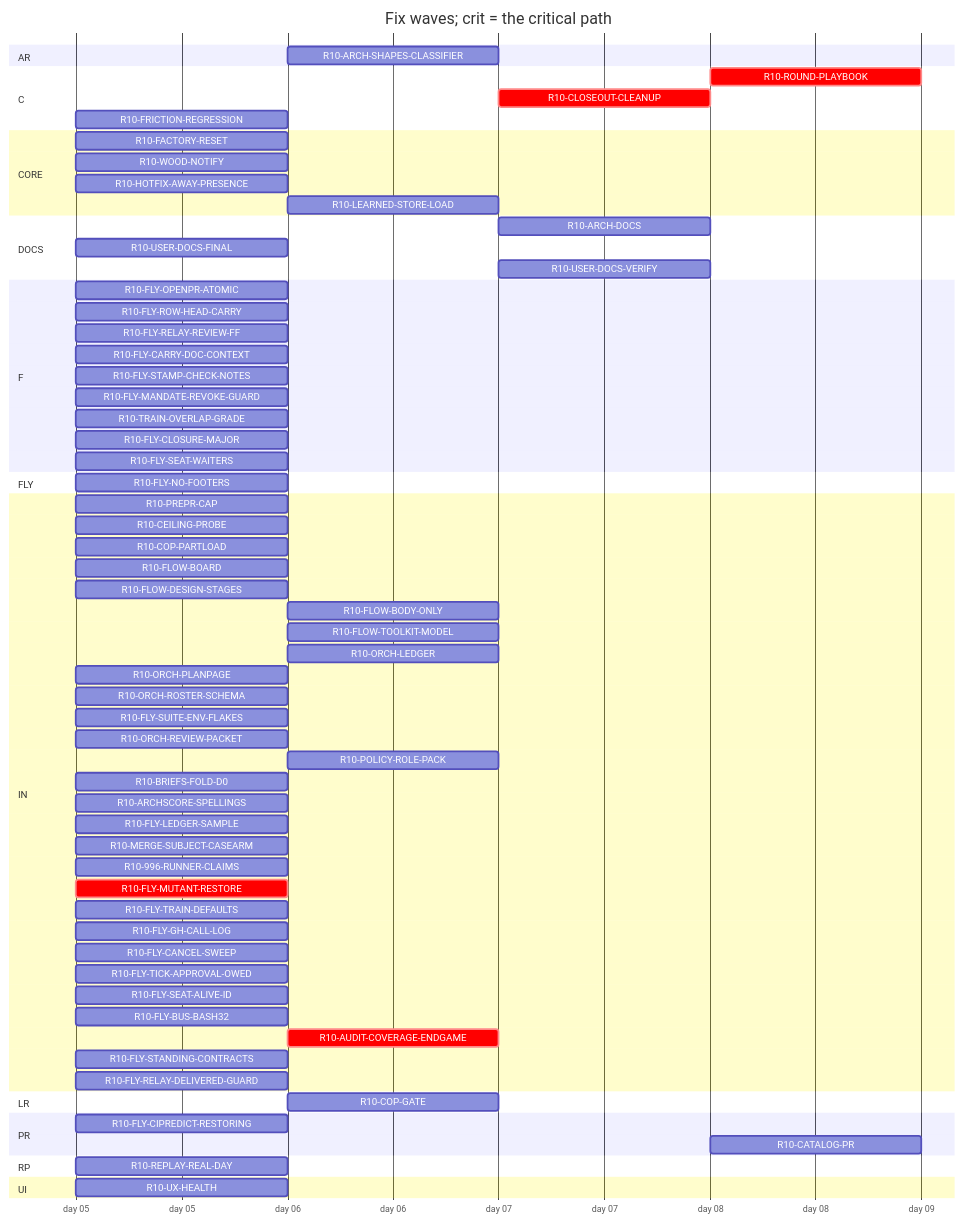
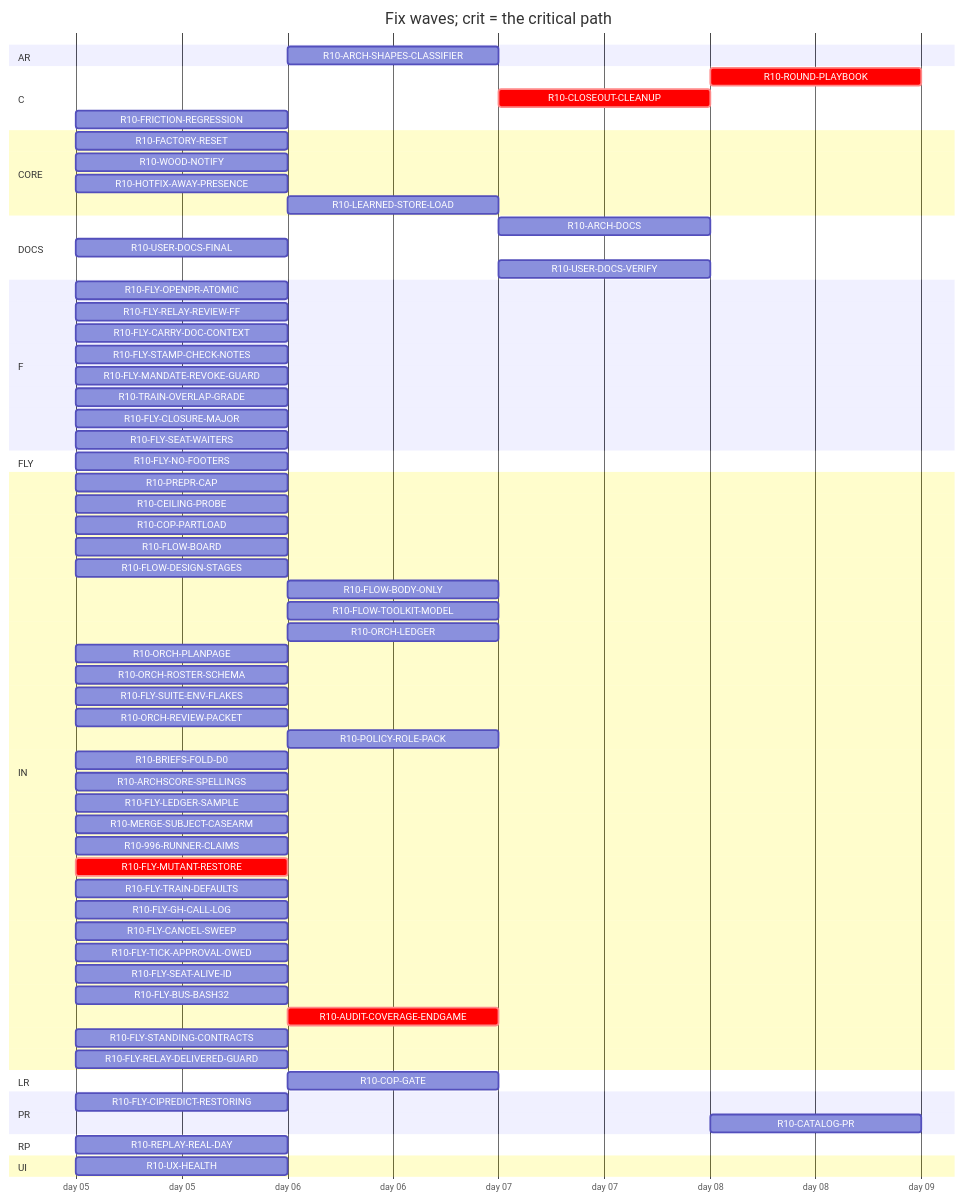
Before and after one commit to tvofi/heatpump_optimizer: the diagram in handoff/round10/state/PLAN-TABLE.md, drawn with Mermaid. The commit also changed other lines of this file and 3 other files, not shown here.

Commit message:
state: FLOW-BOARD.md, NEXT-SESSION-PROMPT.md, PLAN-TABLE.md, RESUME-CURRENT.md regenerated (state_docs.py)

````diff
--- a/handoff/round10/state/PLAN-TABLE.md
+++ b/handoff/round10/state/PLAN-TABLE.md
@@ -24,71 +24,70 @@
 ```mermaid
 gantt
   title Fix waves; crit = the critical path
   dateFormat YYYY-MM-DD
   axisFormat day %d
   section AR
     R10-ARCH-SHAPES-CLASSIFIER :r10ARCHSHAPESCLASSIFIER, after r10996RUNNERCLAIMS, 1d
   section C
     R10-ROUND-PLAYBOOK :crit, r10ROUNDPLAYBOOK, after r10ORCHLEDGER r10ORCHPLANPAGE r10FLYRELAYREVIEWFF r10FLOWBODYONLY r10AUDITCOVERAGEENDGAME r10FLOWDESIGNSTAGES r10ORCHROSTERSCHEMA r10FLOWTOOLKITMODEL r10TRAINOVERLAPGRADE r10FLYTRAINDEFAULTS r10FLYCANCELSWEEP r10POLICYROLEPACK r10ORCHREVIEWPACKET r10FLOWBOARD r10CLOSEOUTCLEANUP, 1d
     R10-CLOSEOUT-CLEANUP :crit, r10CLOSEOUTCLEANUP, after r10AUDITCOVERAGEENDGAME, 1d
     R10-FRICTION-REGRESSION :r10FRICTIONREGRESSION, 2026-01-05, 1d
   section CORE
     R10-FACTORY-RESET :r10FACTORYRESET, 2026-01-05, 1d
     R10-WOOD-NOTIFY :r10WOODNOTIFY, 2026-01-05, 1d
     R10-HOTFIX-AWAY-PRESENCE :r10HOTFIXAWAYPRESENCE, 2026-01-05, 1d
     R10-LEARNED-STORE-LOAD :r10LEARNEDSTORELOAD, after r10FACTORYRESET, 1d
   section DOCS
-    R10-ARCH-DOCS :r10ARCHDOCS, after r10COPGATE r10UXHEALTH r10CEILINGPROBE r10COPPARTLOAD r10FLOWBOARD r10FLOWDESIGNSTAGES r10FLOWBODYONLY r10FLYOPENPRATOMIC r10FLYROWHEADCARRY r10FLYRELAYREVIEWFF r10FLYCARRYDOCCONTEXT r10FLOWTOOLKITMODEL r10FLYSTAMPCHECKNOTES r10FLYMANDATEREVOKEGUARD r10TRAINOVERLAPGRADE r10FLYSUITEENVFLAKES r10ORCHLEDGER r10ORCHPLANPAGE r10ORCHROSTERSCHEMA r10ORCHREVIEWPACKET r10POLICYROLEPACK r10BRIEFSFOLDD0 r10REPLAYREALDAY r10ARCHSCORESPELLINGS r10FLYLEDGERSAMPLE, 1d
+    R10-ARCH-DOCS :r10ARCHDOCS, after r10COPGATE r10UXHEALTH r10CEILINGPROBE r10COPPARTLOAD r10FLOWBOARD r10FLOWDESIGNSTAGES r10FLOWBODYONLY r10FLYOPENPRATOMIC r10FLYRELAYREVIEWFF r10FLYCARRYDOCCONTEXT r10FLOWTOOLKITMODEL r10FLYSTAMPCHECKNOTES r10FLYMANDATEREVOKEGUARD r10TRAINOVERLAPGRADE r10FLYSUITEENVFLAKES r10ORCHLEDGER r10ORCHPLANPAGE r10ORCHROSTERSCHEMA r10ORCHREVIEWPACKET r10POLICYROLEPACK r10BRIEFSFOLDD0 r10REPLAYREALDAY r10ARCHSCORESPELLINGS r10FLYLEDGERSAMPLE, 1d
     R10-USER-DOCS-FINAL :r10USERDOCSFINAL, 2026-01-05, 1d
     R10-USER-DOCS-VERIFY :r10USERDOCSVERIFY, after r10COPGATE r10UXHEALTH r10CEILINGPROBE r10COPPARTLOAD r10FACTORYRESET r10WOODNOTIFY r10USERDOCSFINAL r10ARCHSHAPESCLASSIFIER r10HOTFIXAWAYPRESENCE, 1d
   section F
     R10-FLY-OPENPR-ATOMIC :r10FLYOPENPRATOMIC, 2026-01-05, 1d
-    R10-FLY-ROW-HEAD-CARRY :r10FLYROWHEADCARRY, 2026-01-05, 1d
     R10-FLY-RELAY-REVIEW-FF :r10FLYRELAYREVIEWFF, 2026-01-05, 1d
     R10-FLY-CARRY-DOC-CONTEXT :r10FLYCARRYDOCCONTEXT, 2026-01-05, 1d
     R10-FLY-STAMP-CHECK-NOTES :r10FLYSTAMPCHECKNOTES, 2026-01-05, 1d
     R10-FLY-MANDATE-REVOKE-GUARD :r10FLYMANDATEREVOKEGUARD, 2026-01-05, 1d
     R10-TRAIN-OVERLAP-GRADE :r10TRAINOVERLAPGRADE, 2026-01-05, 1d
     R10-FLY-CLOSURE-MAJOR :r10FLYCLOSUREMAJOR, 2026-01-05, 1d
     R10-FLY-SEAT-WAITERS :r10FLYSEATWAITERS, 2026-01-05, 1d
   section FLY
     R10-FLY-NO-FOOTERS :r10FLYNOFOOTERS, 2026-01-05, 1d
   section IN
     R10-PREPR-CAP :r10PREPRCAP, 2026-01-05, 1d
     R10-CEILING-PROBE :r10CEILINGPROBE, 2026-01-05, 1d
     R10-COP-PARTLOAD :r10COPPARTLOAD, 2026-01-05, 1d
     R10-FLOW-BOARD :r10FLOWBOARD, 2026-01-05, 1d
     R10-FLOW-DESIGN-STAGES :r10FLOWDESIGNSTAGES, 2026-01-05, 1d
     R10-FLOW-BODY-ONLY :r10FLOWBODYONLY, after r10FLYOPENPRATOMIC, 1d
     R10-FLOW-TOOLKIT-MODEL :r10FLOWTOOLKITMODEL, after r10ORCHPLANPAGE r10FLYCANCELSWEEP, 1d
     R10-ORCH-LEDGER :r10ORCHLEDGER, after r10FLYCANCELSWEEP, 1d
     R10-ORCH-PLANPAGE :r10ORCHPLANPAGE, 2026-01-05, 1d
     R10-ORCH-ROSTER-SCHEMA :r10ORCHROSTERSCHEMA, 2026-01-05, 1d
     R10-FLY-SUITE-ENV-FLAKES :r10FLYSUITEENVFLAKES, 2026-01-05, 1d
     R10-ORCH-REVIEW-PACKET :r10ORCHREVIEWPACKET, 2026-01-05, 1d
     R10-POLICY-ROLE-PACK :r10POLICYROLEPACK, after r10FLOWDESIGNSTAGES, 1d
     R10-BRIEFS-FOLD-D0 :r10BRIEFSFOLDD0, 2026-01-05, 1d
     R10-ARCHSCORE-SPELLINGS :r10ARCHSCORESPELLINGS, 2026-01-05, 1d
     R10-FLY-LEDGER-SAMPLE :r10FLYLEDGERSAMPLE, 2026-01-05, 1d
     R10-MERGE-SUBJECT-CASEARM :r10MERGESUBJECTCASEARM, 2026-01-05, 1d
     R10-996-RUNNER-CLAIMS :r10996RUNNERCLAIMS, 2026-01-05, 1d
     R10-FLY-MUTANT-RESTORE :crit, r10FLYMUTANTRESTORE, 2026-01-05, 1d
     R10-FLY-TRAIN-DEFAULTS :r10FLYTRAINDEFAULTS, 2026-01-05, 1d
     R10-FLY-GH-CALL-LOG :r10FLYGHCALLLOG, 2026-01-05, 1d
     R10-FLY-CANCEL-SWEEP :r10FLYCANCELSWEEP, 2026-01-05, 1d
     R10-FLY-TICK-APPROVAL-OWED :r10FLYTICKAPPROVALOWED, 2026-01-05, 1d
     R10-FLY-SEAT-ALIVE-ID :r10FLYSEATALIVEID, 2026-01-05, 1d
     R10-FLY-BUS-BASH32 :r10FLYBUSBASH32, 2026-01-05, 1d
     R10-AUDIT-COVERAGE-ENDGAME :crit, r10AUDITCOVERAGEENDGAME, after r10FLYMUTANTRESTORE r10996RUNNERCLAIMS, 1d
     R10-FLY-STANDING-CONTRACTS :r10FLYSTANDINGCONTRACTS, 2026-01-05, 1d
     R10-FLY-RELAY-DELIVERED-GUARD :r10FLYRELAYDELIVEREDGUARD, 2026-01-05, 1d
   section LR
     R10-COP-GATE :r10COPGATE, after r10CEILINGPROBE, 1d
   section PR
     R10-FLY-CIPREDICT-RESTORING :r10FLYCIPREDICTRESTORING, 2026-01-05, 1d
     R10-CATALOG-PR :r10CATALOGPR, after r10USERDOCSVERIFY r10AUDITCOVERAGEENDGAME, 1d
   section RP
     R10-REPLAY-REAL-DAY :r10REPLAYREALDAY, 2026-01-05, 1d
   section UI
     R10-UX-HEALTH :r10UXHEALTH, 2026-01-05, 1d
 ```
````
